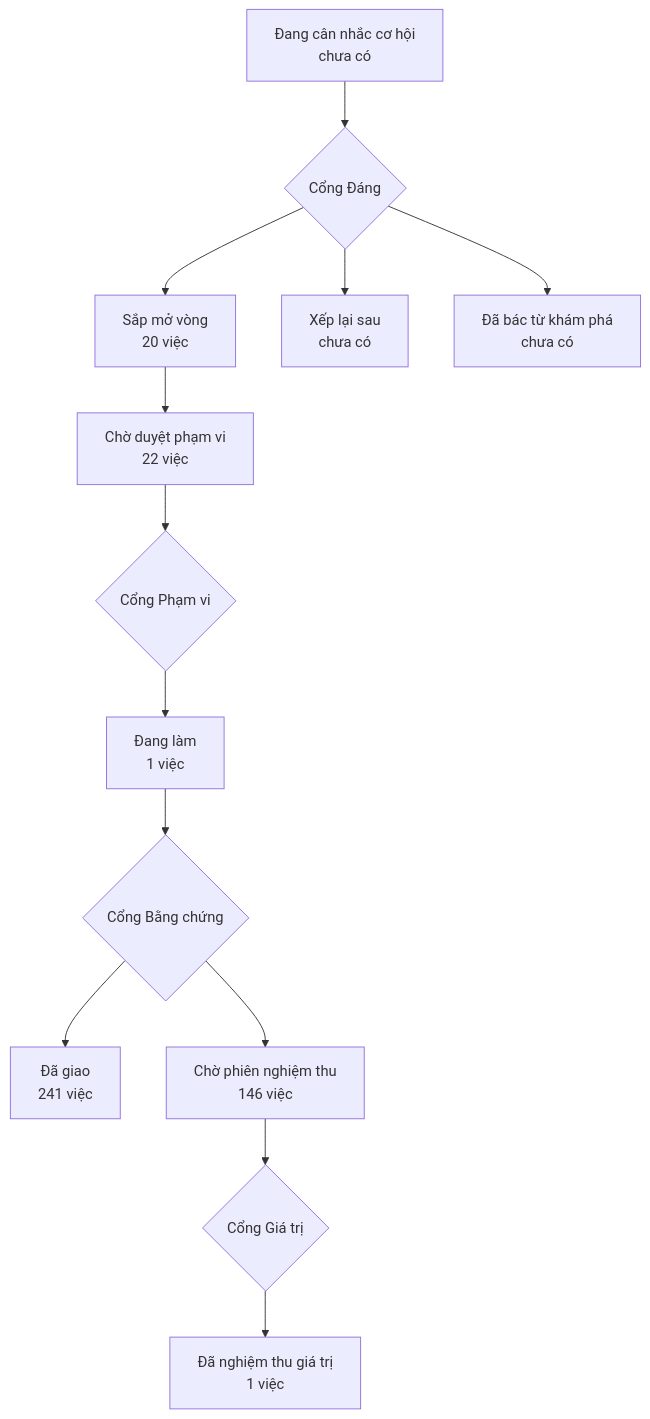
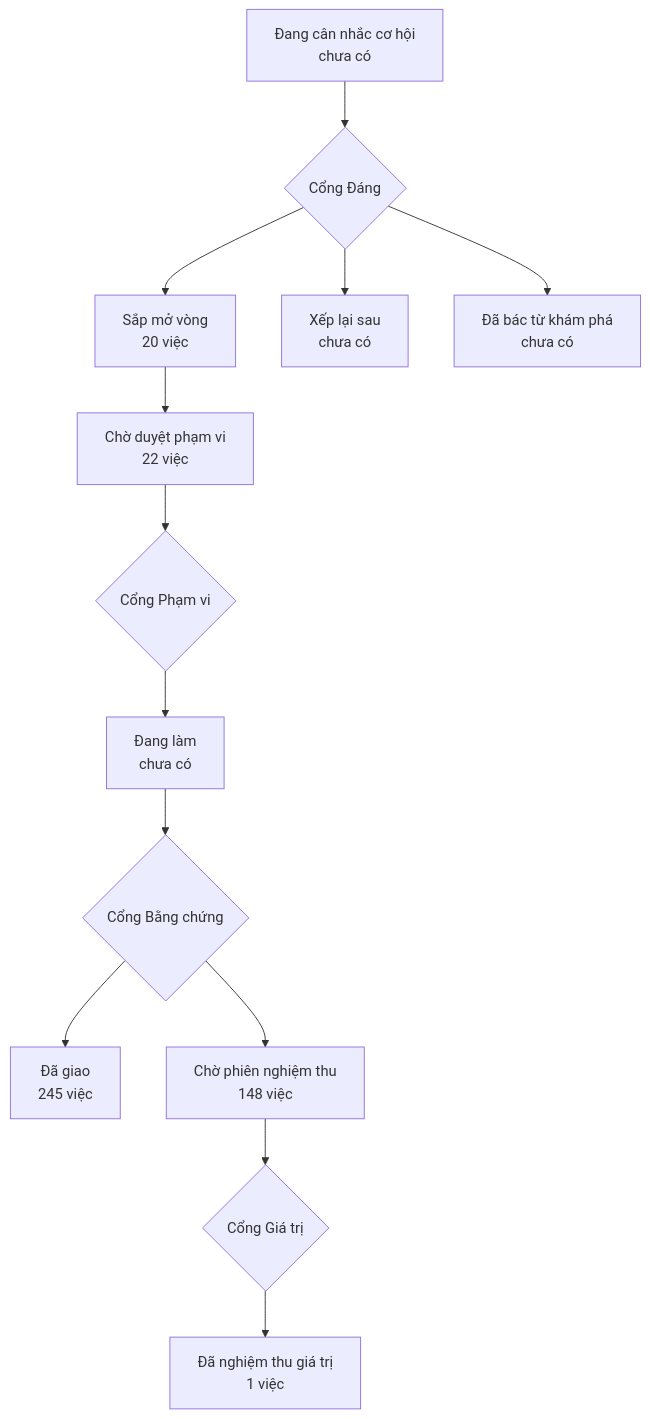
Before and after one commit to phanlemanh/onehub-invest: the diagram in PRODUCT-MAP.md, drawn with Mermaid. The commit also changed other lines of this file and 6 other files, not shown here.

````diff
--- a/PRODUCT-MAP.md
+++ b/PRODUCT-MAP.md
@@ -7,12 +7,12 @@
 ```mermaid
 flowchart TD
   A["Đang cân nhắc cơ hội<br/>chưa có"] --> GD{"Cổng Đáng"}
   GD --> B["Sắp mở vòng<br/>20 việc"]
   GD --> XL["Xếp lại sau<br/>chưa có"]
   GD --> DB["Đã bác từ khám phá<br/>chưa có"]
   B --> CD["Chờ duyệt phạm vi<br/>22 việc"] --> GP{"Cổng Phạm vi"}
-  GP --> DL["Đang làm<br/>1 việc"] --> GB{"Cổng Bằng chứng"}
-  GB --> DG["Đã giao<br/>241 việc"]
-  GB --> CN["Chờ phiên nghiệm thu<br/>146 việc"] --> GG{"Cổng Giá trị"}
+  GP --> DL["Đang làm<br/>chưa có"] --> GB{"Cổng Bằng chứng"}
+  GB --> DG["Đã giao<br/>245 việc"]
+  GB --> CN["Chờ phiên nghiệm thu<br/>148 việc"] --> GG{"Cổng Giá trị"}
   GG --> NT["Đã nghiệm thu giá trị<br/>1 việc"]
 ```
````
